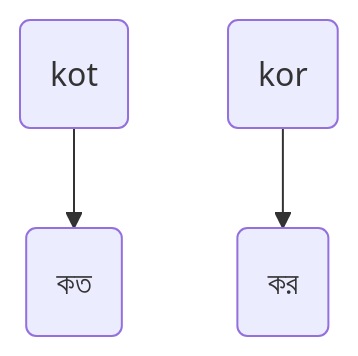
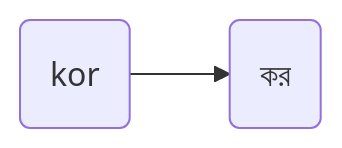
The fifth of 6 diagrams in README.md (KhiproTeam/khipro-quickstart), drawn with Mermaid before and after one commit. The commit also changed other lines of this file, not shown here.

````diff
--- a/README.md
+++ b/README.md
@@ -157,5 +159,5 @@
 ```mermaid
-flowchart TD
-A(kot) --> B("কত")
+flowchart LR
+
 c(kor) --> d("কর")
 ```
````
